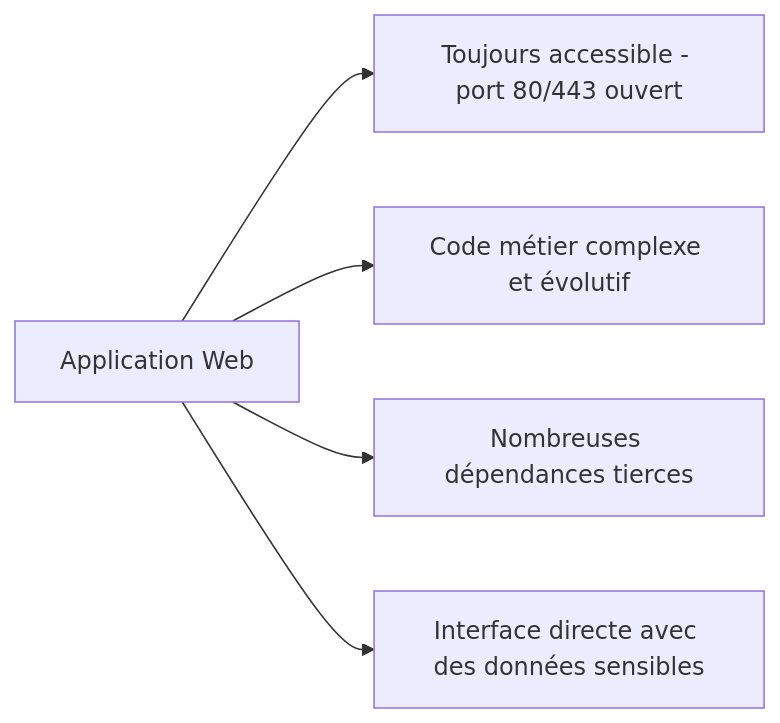
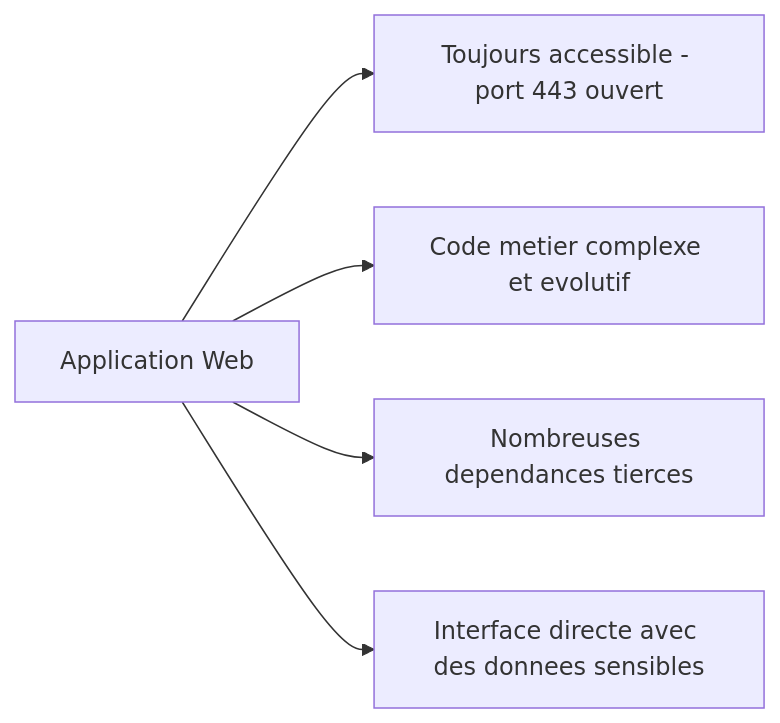
The diagram in content/courses/web-security/01-introduction-owasp-top10.md (AureDulvresse/nyx), drawn with Mermaid before and after one commit. The commit also changed other lines of this file and 167 other files, not shown here.

````diff
--- a/content/courses/web-security/01-introduction-owasp-top10.md
+++ b/content/courses/web-security/01-introduction-owasp-top10.md
@@ -21,7 +26,7 @@
 ```mermaid
-graph LR
-    A[Application Web] --> B[Toujours accessible - port 80/443 ouvert]
-    A --> C[Code métier complexe et évolutif]
-    A --> D[Nombreuses dépendances tierces]
-    A --> E[Interface directe avec des données sensibles]
+flowchart LR
+    A["Application Web"] --> B["Toujours accessible - port 443 ouvert"]
+    A --> C["Code metier complexe et evolutif"]
+    A --> D["Nombreuses dependances tierces"]
+    A --> E["Interface directe avec des donnees sensibles"]
 ```
````
